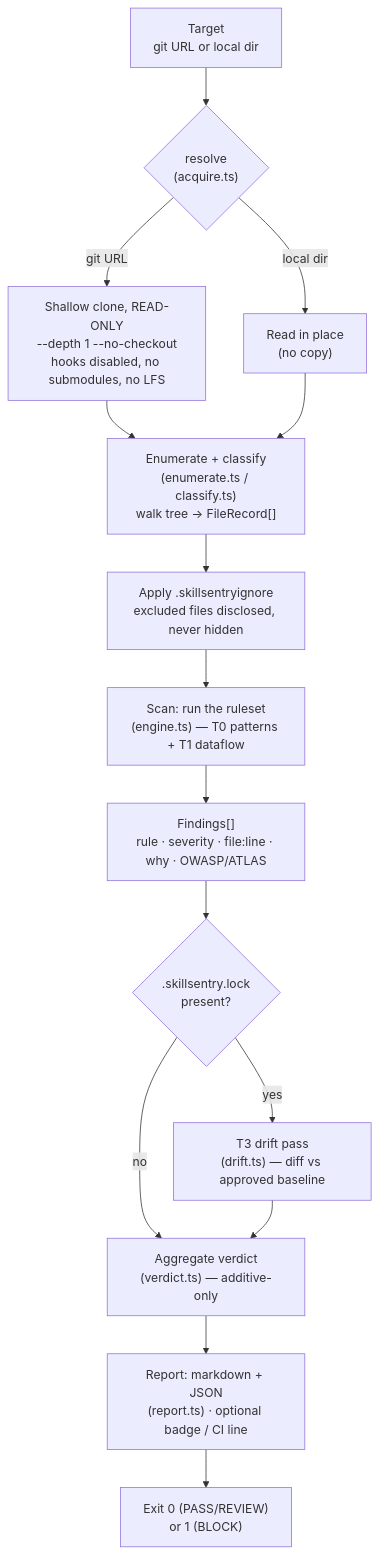
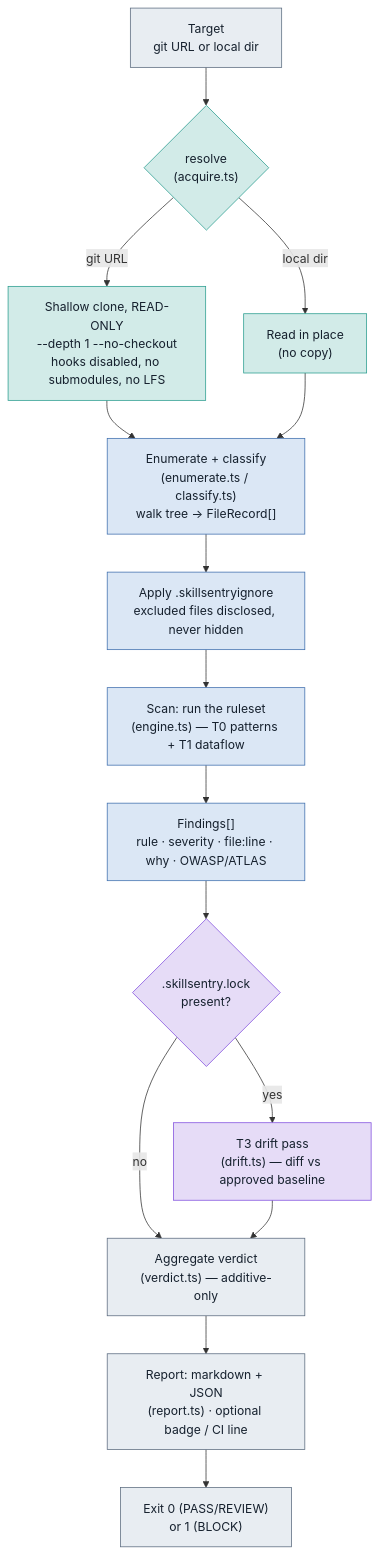
The diagram in doc/guide/diagrams/scan-pipeline.mmd (whatbirdisthat/exosphere), drawn with Mermaid before and after one commit. The commit also changed 23 other files, not shown here.

First line of the commit message:
🎨 docs(diagrams): semantic colour-coding + fix oversized README headline

```diff
--- a/doc/guide/diagrams/scan-pipeline.mmd
+++ b/doc/guide/diagrams/scan-pipeline.mmd
@@ -1,17 +1,24 @@
 %% The end-to-end audit pipeline: a target becomes a verdict without ever executing.
+%% Colour key: grey = neutral/data · teal = touches the outside world (I/O) · blue = pure computation ·
+%% purple = temporal (T3 drift).
 %% Source: src/cli.ts, src/adapters/{acquire,enumerate,classify}.ts, src/core/{engine,verdict,report}.ts
 flowchart TD
-    A["Target<br/>git URL or local dir"] --> B{"resolve<br/>(acquire.ts)"}
-    B -->|git URL| C["Shallow clone, READ-ONLY<br/>--depth 1 --no-checkout<br/>hooks disabled, no submodules, no LFS"]
-    B -->|local dir| D["Read in place<br/>(no copy)"]
-    C --> E["Enumerate + classify<br/>(enumerate.ts / classify.ts)<br/>walk tree → FileRecord[]"]
+    A["Target<br/>git URL or local dir"]:::input --> B{"resolve<br/>(acquire.ts)"}:::io
+    B -->|git URL| C["Shallow clone, READ-ONLY<br/>--depth 1 --no-checkout<br/>hooks disabled, no submodules, no LFS"]:::io
+    B -->|local dir| D["Read in place<br/>(no copy)"]:::io
+    C --> E["Enumerate + classify<br/>(enumerate.ts / classify.ts)<br/>walk tree → FileRecord[]"]:::core
     D --> E
-    E --> F["Apply .skillsentryignore<br/>excluded files disclosed, never hidden"]
-    F --> G["Scan: run the ruleset<br/>(engine.ts) — T0 patterns + T1 dataflow"]
-    G --> H["Findings[]<br/>rule · severity · file:line · why · OWASP/ATLAS"]
-    H --> I{".skillsentry.lock<br/>present?"}
-    I -->|yes| J["T3 drift pass<br/>(drift.ts) — diff vs approved baseline"]
+    E --> F["Apply .skillsentryignore<br/>excluded files disclosed, never hidden"]:::core
+    F --> G["Scan: run the ruleset<br/>(engine.ts) — T0 patterns + T1 dataflow"]:::core
+    G --> H["Findings[]<br/>rule · severity · file:line · why · OWASP/ATLAS"]:::core
+    H --> I{".skillsentry.lock<br/>present?"}:::accent
+    I -->|yes| J["T3 drift pass<br/>(drift.ts) — diff vs approved baseline"]:::accent
     I -->|no| K
-    J --> K["Aggregate verdict<br/>(verdict.ts) — additive-only"]
-    K --> L["Report: markdown + JSON<br/>(report.ts) · optional badge / CI line"]
-    L --> M["Exit 0 (PASS/REVIEW)<br/>or 1 (BLOCK)"]
+    J --> K["Aggregate verdict<br/>(verdict.ts) — additive-only"]:::input
+    K --> L["Report: markdown + JSON<br/>(report.ts) · optional badge / CI line"]:::input
+    L --> M["Exit 0 (PASS/REVIEW)<br/>or 1 (BLOCK)"]:::input
+
+    classDef input fill:#e8edf2,stroke:#5b6b7f,color:#16212e;
+    classDef io fill:#d2ebe8,stroke:#2a9d8f,color:#16212e;
+    classDef core fill:#dbe7f5,stroke:#3f6fae,color:#16212e;
+    classDef accent fill:#e6dcf7,stroke:#8250df,color:#16212e;
```
